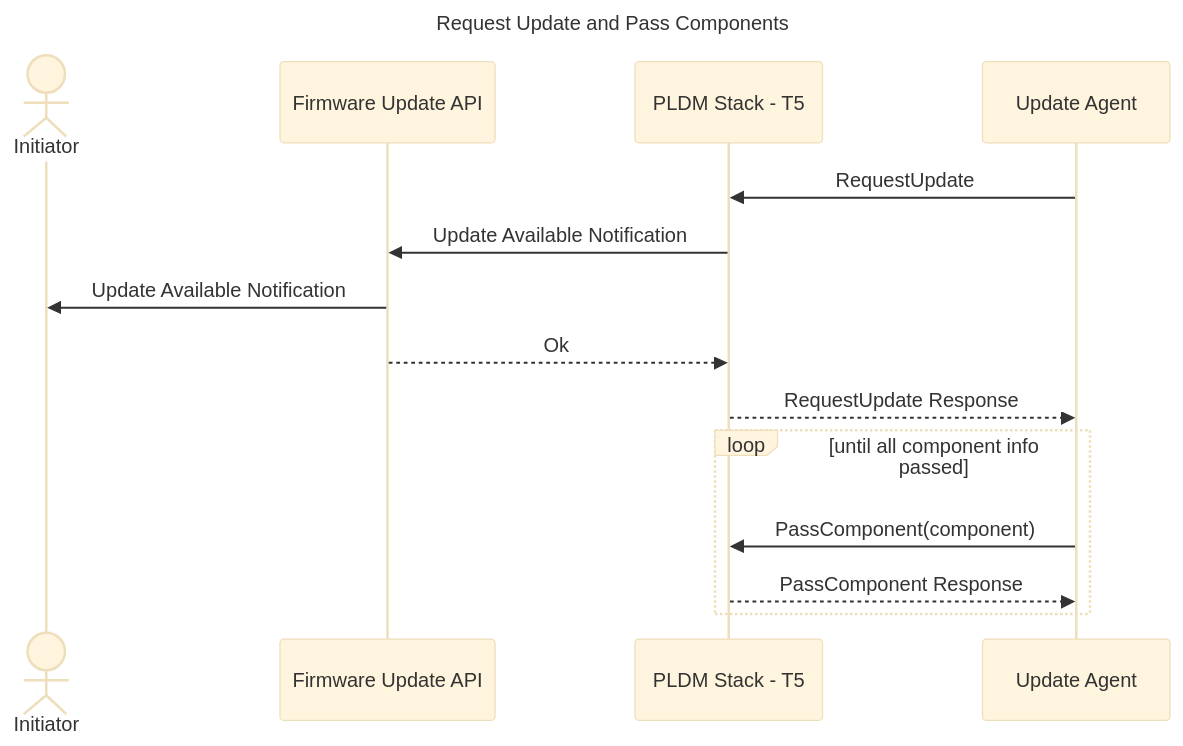
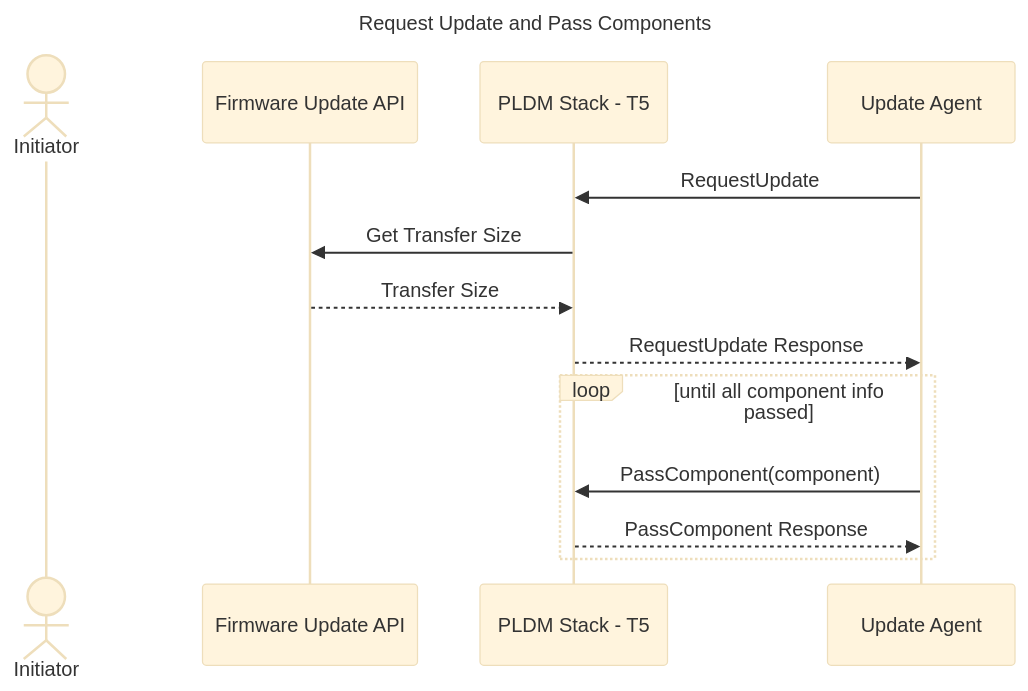
Before and after one commit to chipsalliance/caliptra-mcu-sw: the fourth of 10 diagrams in docs/src/firmware_update.md, drawn with Mermaid (base theme). The commit also changed other lines of this file, not shown here.

First line of the commit message:
docs: Add MCU hitless update reset flow sequence diagram

````diff
--- a/docs/src/firmware_update.md
+++ b/docs/src/firmware_update.md
@@ -68,20 +68,19 @@
 ```mermaid
 sequenceDiagram
     title Request Update and Pass Components
 
     actor App as Initiator
     participant API as Firmware Update API
     participant Firmware as PLDM Stack - T5
     participant PLDM as Update Agent
 
     PLDM->>Firmware: RequestUpdate
-    Firmware->>API: Update Available Notification
-    API->>App: Update Available Notification
-    API-->>Firmware: Ok
+    Firmware->>API: Get Transfer Size
+    API-->>Firmware: Transfer Size
     Firmware-->>PLDM: RequestUpdate Response
 
     loop until all component info passed
         PLDM->>Firmware: PassComponent(component)
         Firmware-->>PLDM: PassComponent Response
     end
 ```
````
